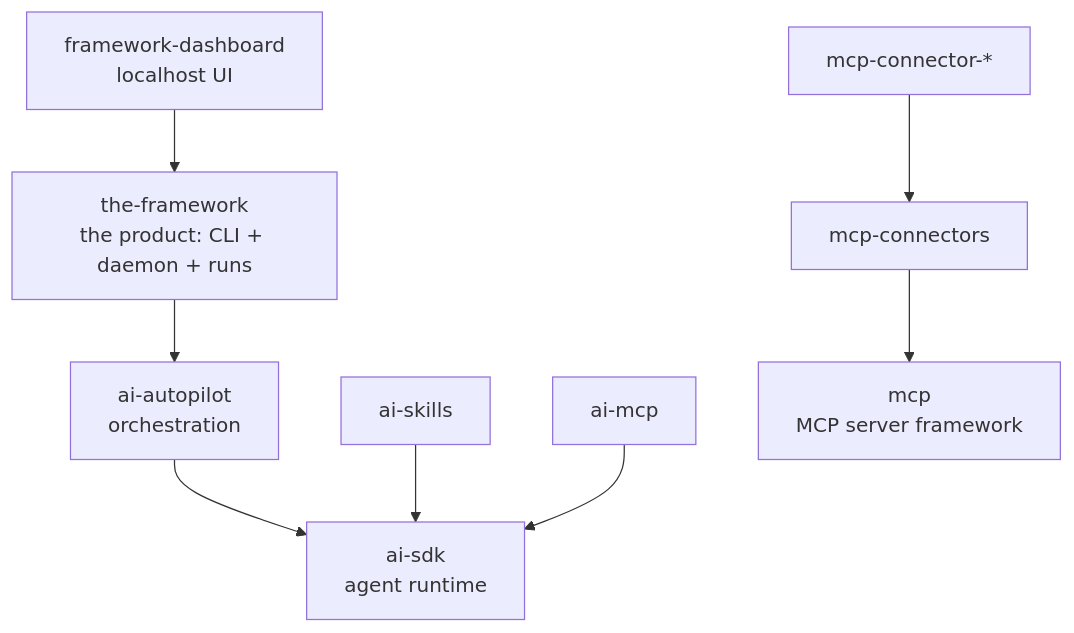
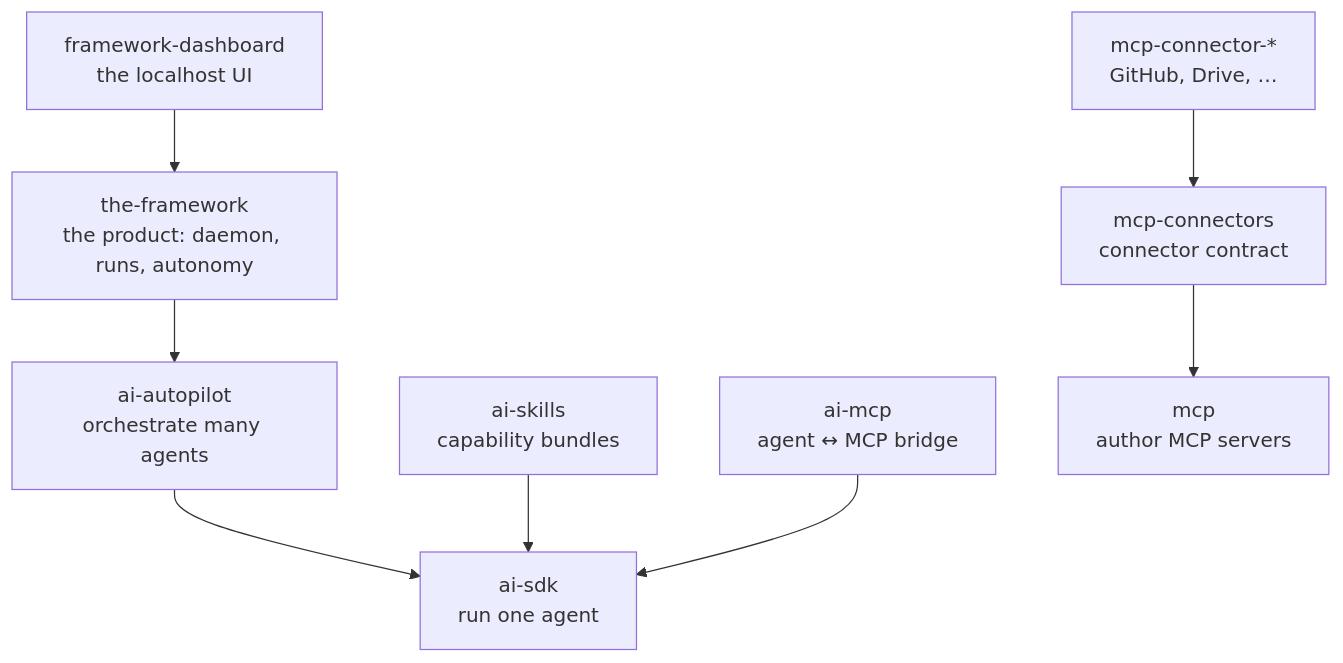
One commit to framework/the-framework changed the diagram in spec.md. Above: the diagram before and after it, drawn with Mermaid. The commit also changed other lines of this file, not shown here.

````diff
--- a/spec.md
+++ b/spec.md
@@ -13,8 +16,8 @@
 ```mermaid
 graph TD
-    dash["framework-dashboard<br/>localhost UI"] --> tf["the-framework<br/>the product: CLI + daemon + runs"]
-    tf --> ap["ai-autopilot<br/>orchestration"] --> sdk["ai-sdk<br/>agent runtime"]
-    skills["ai-skills"] --> sdk
-    aimcp["ai-mcp"] --> sdk
-    conn["mcp-connector-*"] --> conns["mcp-connectors"] --> mcp["mcp<br/>MCP server framework"]
+    dash["framework-dashboard<br/>the localhost UI"] --> tf["the-framework<br/>the product: daemon, runs, autonomy"]
+    tf --> ap["ai-autopilot<br/>orchestrate many agents"] --> sdk["ai-sdk<br/>run one agent"]
+    skills["ai-skills<br/>capability bundles"] --> sdk
+    aimcp["ai-mcp<br/>agent ↔ MCP bridge"] --> sdk
+    conn["mcp-connector-*<br/>GitHub, Drive, …"] --> conns["mcp-connectors<br/>connector contract"] --> mcp["mcp<br/>author MCP servers"]
 ```
````
